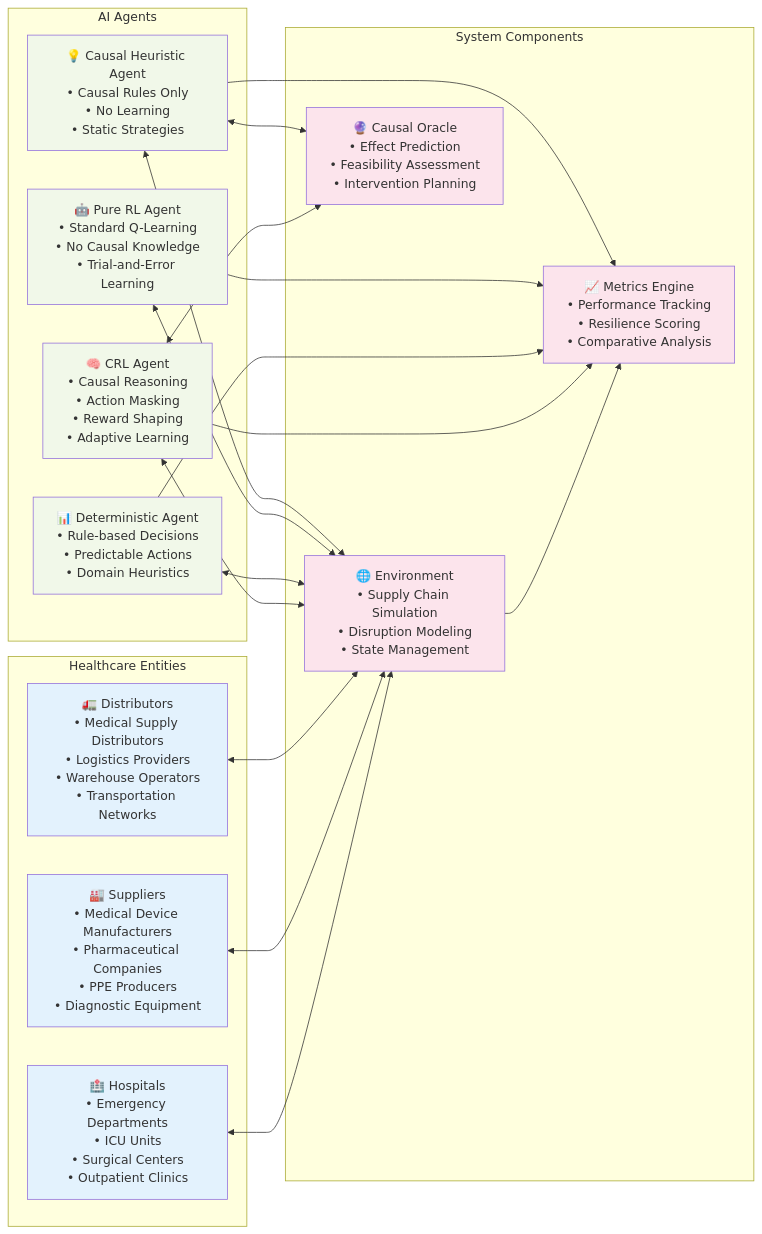
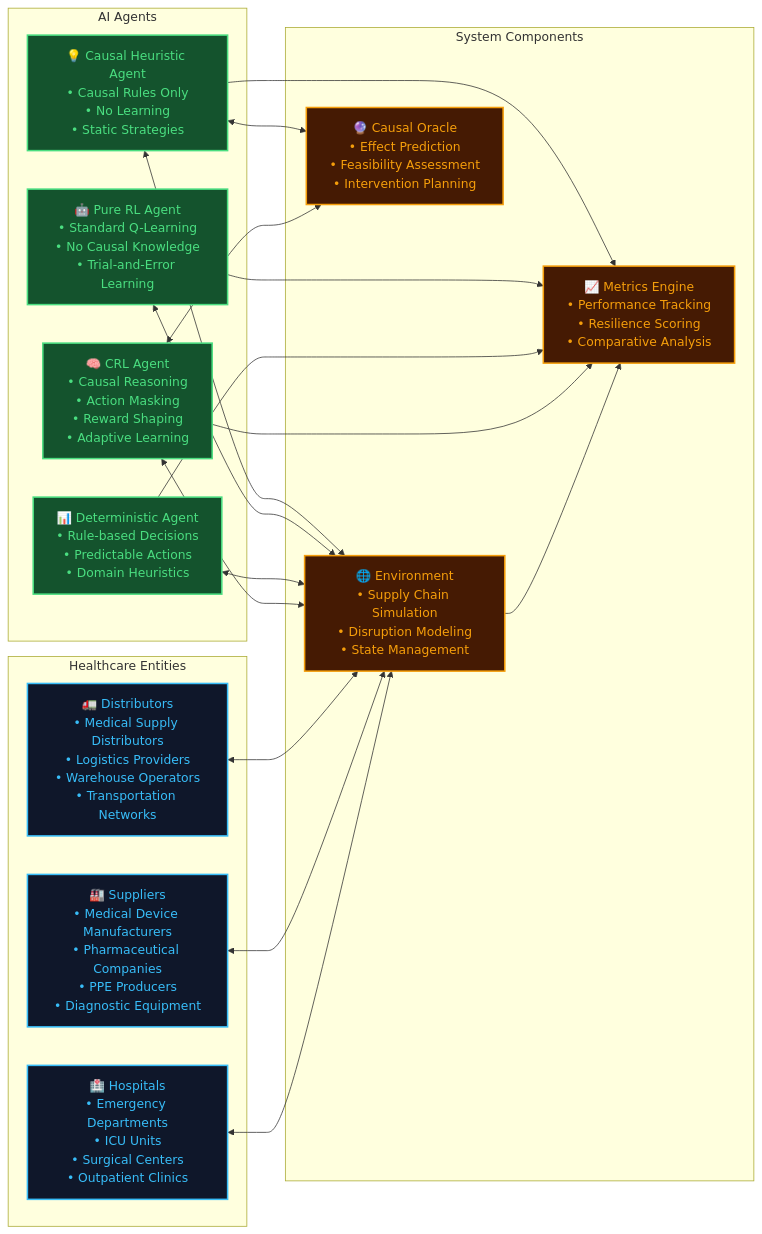
The second of 6 diagrams in README.md (abhijit-ubale/JBL_stuff), drawn with Mermaid before and after one commit. The commit also changed other lines of this file, not shown here.

````diff
--- a/README.md
+++ b/README.md
@@ -77,47 +77,47 @@
 ```mermaid
 graph LR
     subgraph "Healthcare Entities"
-        H1[🏥 Hospitals<br/>• Emergency Departments<br/>• ICU Units<br/>• Surgical Centers<br/>• Outpatient Clinics]
-        S1[🏭 Suppliers<br/>• Medical Device Manufacturers<br/>• Pharmaceutical Companies<br/>• PPE Producers<br/>• Diagnostic Equipment]
-        D1[🚛 Distributors<br/>• Medical Supply Distributors<br/>• Logistics Providers<br/>• Warehouse Operators<br/>• Transportation Networks]
+        H1["🏥 Hospitals<br/>• Emergency Departments<br/>• ICU Units<br/>• Surgical Centers<br/>• Outpatient Clinics"]
+        S1["🏭 Suppliers<br/>• Medical Device Manufacturers<br/>• Pharmaceutical Companies<br/>• PPE Producers<br/>• Diagnostic Equipment"]
+        D1["🚛 Distributors<br/>• Medical Supply Distributors<br/>• Logistics Providers<br/>• Warehouse Operators<br/>• Transportation Networks"]
     end
     
     subgraph "AI Agents"
-        CRL[🧠 CRL Agent<br/>• Causal Reasoning<br/>• Action Masking<br/>• Reward Shaping<br/>• Adaptive Learning]
-        DET[📊 Deterministic Agent<br/>• Rule-based Decisions<br/>• Predictable Actions<br/>• Domain Heuristics]
-        PRL[🤖 Pure RL Agent<br/>• Standard Q-Learning<br/>• No Causal Knowledge<br/>• Trial-and-Error Learning]
-        CAU[💡 Causal Heuristic Agent<br/>• Causal Rules Only<br/>• No Learning<br/>• Static Strategies]
+        CRL["🧠 CRL Agent<br/>• Causal Reasoning<br/>• Action Masking<br/>• Reward Shaping<br/>• Adaptive Learning"]
+        DET["📊 Deterministic Agent<br/>• Rule-based Decisions<br/>• Predictable Actions<br/>• Domain Heuristics"]
+        PRL["🤖 Pure RL Agent<br/>• Standard Q-Learning<br/>• No Causal Knowledge<br/>• Trial-and-Error Learning"]
+        CAU["💡 Causal Heuristic Agent<br/>• Causal Rules Only<br/>• No Learning<br/>• Static Strategies"]
     end
     
     subgraph "System Components"
-        ENV[🌐 Environment<br/>• Supply Chain Simulation<br/>• Disruption Modeling<br/>• State Management]
-        ORC[🔮 Causal Oracle<br/>• Effect Prediction<br/>• Feasibility Assessment<br/>• Intervention Planning]
-        MET[📈 Metrics Engine<br/>• Performance Tracking<br/>• Resilience Scoring<br/>• Comparative Analysis]
+        ENV["🌐 Environment<br/>• Supply Chain Simulation<br/>• Disruption Modeling<br/>• State Management"]
+        ORC["🔮 Causal Oracle<br/>• Effect Prediction<br/>• Feasibility Assessment<br/>• Intervention Planning"]
+        MET["📈 Metrics Engine<br/>• Performance Tracking<br/>• Resilience Scoring<br/>• Comparative Analysis"]
     end
     
     H1 <--> ENV
     S1 <--> ENV
     D1 <--> ENV
     
     CRL <--> ENV
     DET <--> ENV
     PRL <--> ENV
     CAU <--> ENV
     
     CRL <--> ORC
     CAU <--> ORC
     
     ENV --> MET
     CRL --> MET
     DET --> MET
     PRL --> MET
     CAU --> MET
     
-    classDef entity fill:#e3f2fd
-    classDef agent fill:#f1f8e9
-    classDef system fill:#fce4ec
+    classDef entity fill:#0f172a,stroke:#38bdf8,stroke-width:2px,color:#38bdf8
+    classDef agent fill:#14532d,stroke:#4ade80,stroke-width:2px,color:#4ade80
+    classDef system fill:#451a03,stroke:#f59e0b,stroke-width:2px,color:#f59e0b
     
     class H1,S1,D1 entity
     class CRL,DET,PRL,CAU agent
     class ENV,ORC,MET system
 ```
````
